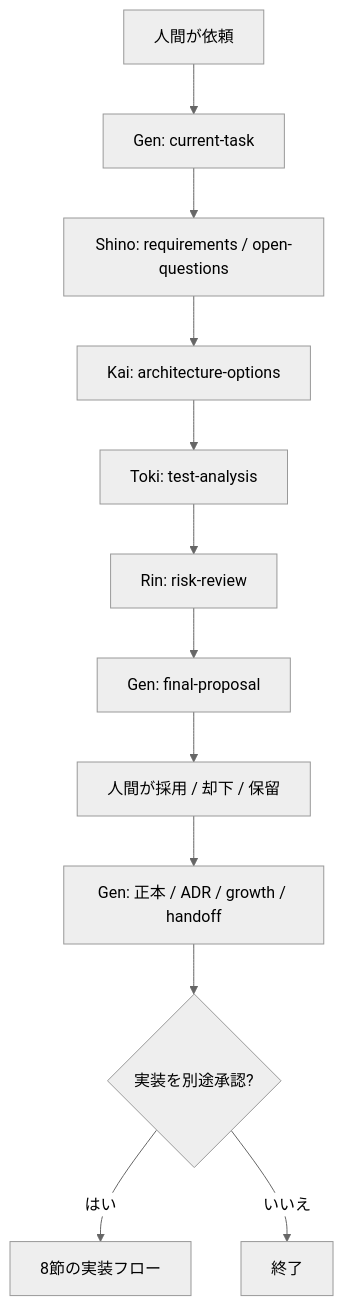
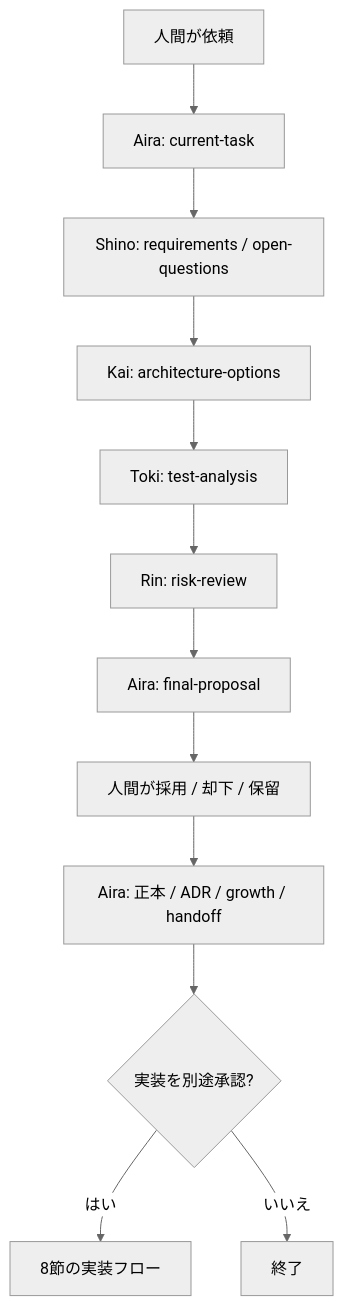
The diagram in docs/agent/workflow.md (shun/agent-team), drawn with Mermaid (neutral theme) before and after one commit. The commit also changed other lines of this file and 56 other files, not shown here.

````diff
--- a/docs/agent/workflow.md
+++ b/docs/agent/workflow.md
@@ -110,14 +112,14 @@
 ```mermaid
 flowchart TD
-    A[人間が依頼] --> B[Gen: current-task]
+    A[人間が依頼] --> B[Aira: current-task]
     B --> C[Shino: requirements / open-questions]
     C --> D[Kai: architecture-options]
     D --> E[Toki: test-analysis]
     E --> F[Rin: risk-review]
-    F --> G[Gen: final-proposal]
+    F --> G[Aira: final-proposal]
     G --> H[人間が採用 / 却下 / 保留]
-    H --> I[Gen: 正本 / ADR / growth / handoff]
+    H --> I[Aira: 正本 / ADR / growth / handoff]
     I --> J{実装を別途承認?}
     J -- はい --> K[8節の実装フロー]
     J -- いいえ --> L[終了]
 ```
````
